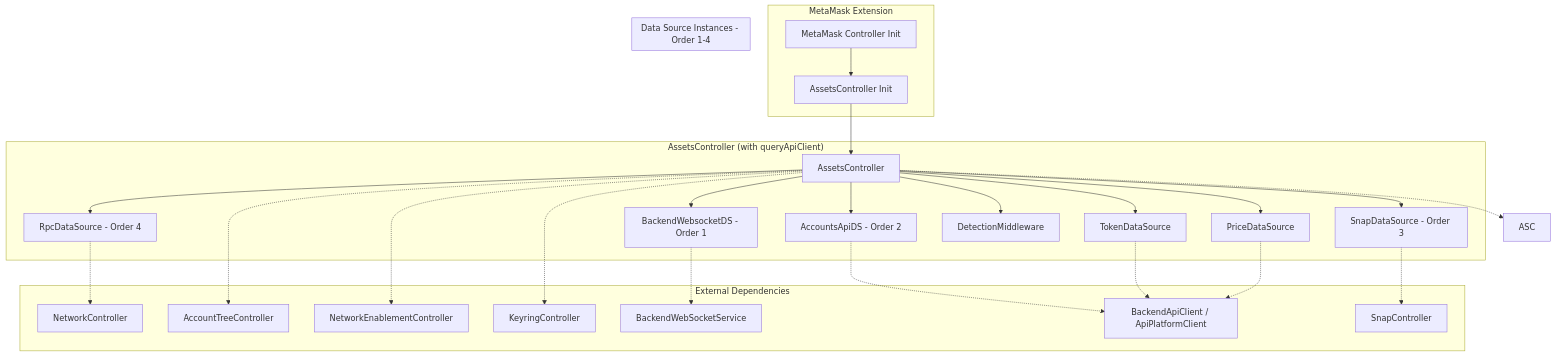
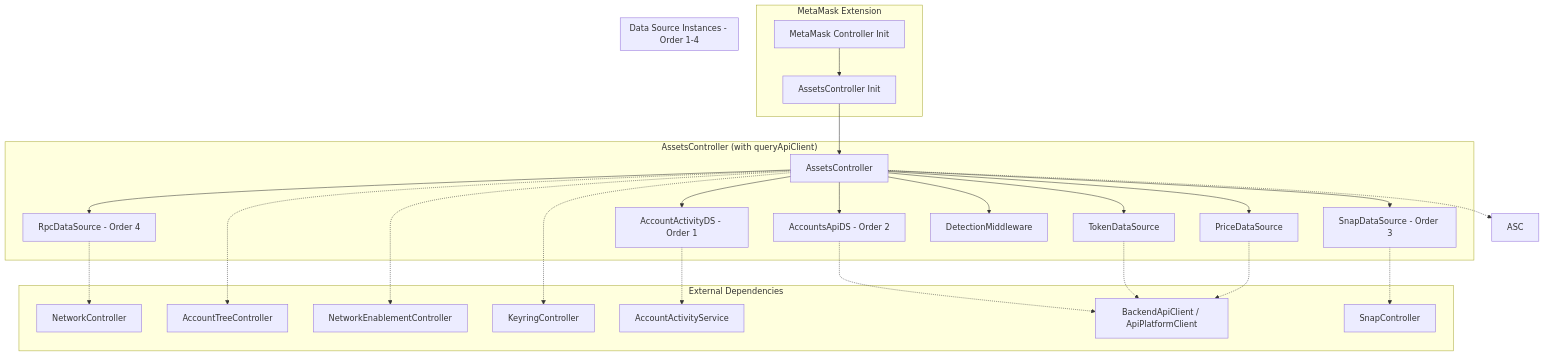
One commit to MetaMask/core changed the first of 2 diagrams in packages/assets-controller/src/README.md. Above: the diagram before and after it, drawn with Mermaid. The commit also changed other lines of this file and 19 other files, not shown here.

Commit message:
fix(assets-controller): remove BackendWebsocket

````diff
--- a/packages/assets-controller/src/README.md
+++ b/packages/assets-controller/src/README.md
@@ -825,47 +825,47 @@
 ```mermaid
 flowchart TB
     subgraph Extension["MetaMask Extension"]
         MI[MetaMask Controller Init]
         ACI[AssetsController Init]
     end
 
     subgraph AssetsControllerInit["AssetsController (with queryApiClient)"]
         AC[AssetsController]
-        AC --> WS & API & SNAP & RPC & TOK & PRICE & DET
+        AC --> AA & API & SNAP & RPC & TOK & PRICE & DET
     end
 
     subgraph DataSources["Data Source Instances - Order 1-4"]
-        WS[BackendWebsocketDS - Order 1]
+        AA[AccountActivityDS - Order 1]
         API[AccountsApiDS - Order 2]
         SNAP[SnapDataSource - Order 3]
         RPC[RpcDataSource - Order 4]
         TOK[TokenDataSource]
         PRICE[PriceDataSource]
         DET[DetectionMiddleware]
     end
 
     subgraph ExternalDeps["External Dependencies"]
         NC[NetworkController]
         ATC[AccountTreeController]
         NEC[NetworkEnablementController]
         KC[KeyringController]
-        BWSS[BackendWebSocketService]
+        AAS[AccountActivityService]
         BAC[BackendApiClient / ApiPlatformClient]
         SC[SnapController]
     end
 
     MI --> ACI
     ACI --> AC
 
     RPC -.-> NC
-    WS -.-> BWSS
+    AA -.-> AAS
     API -.-> BAC
     SNAP -.-> SC
     TOK -.-> BAC
     PRICE -.-> BAC
 
     AC -.-> ATC
     AC -.-> NEC
     AC -.-> KC
     AC -.-> ASC
 ```
````
